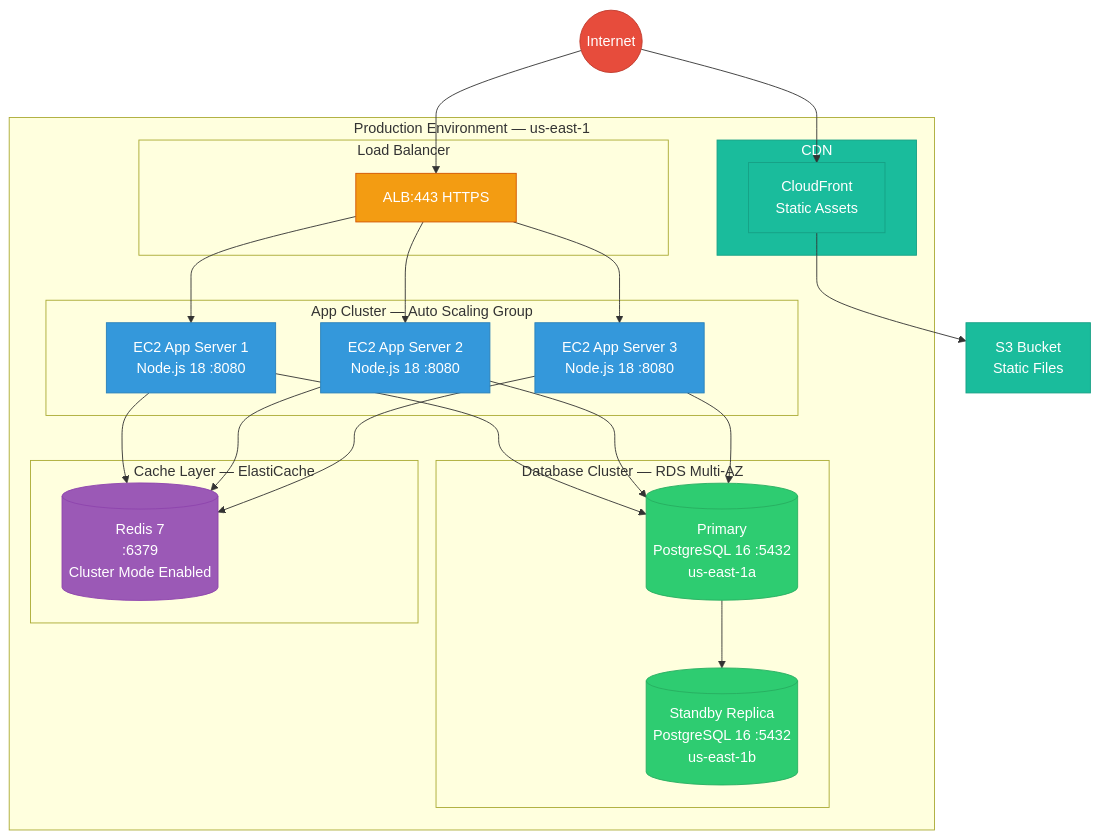
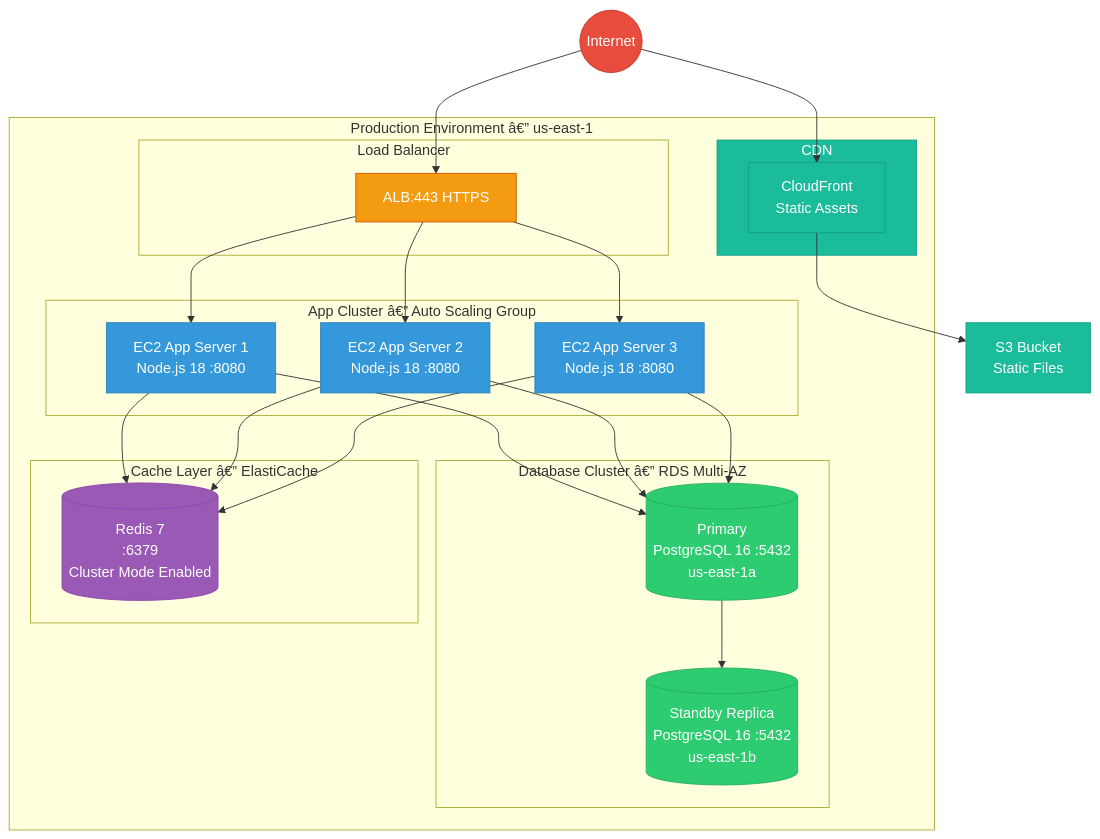
The eighth of 10 diagrams in docs/courses/software-engineering/03-system-modeling.md (Raushan666java/ai-engineering-journey), drawn with Mermaid before and after one commit. The commit also changed other lines of this file and 735 other files, not shown here.

````diff
--- a/docs/courses/software-engineering/03-system-modeling.md
+++ b/docs/courses/software-engineering/03-system-modeling.md
@@ -429,49 +429,49 @@
 ```mermaid
 graph TD
-    subgraph "Production Environment — us-east-1"
+    subgraph "Production Environment â€” us-east-1"
         subgraph "Load Balancer"
             LB[ALB:443 HTTPS]
         end
-        subgraph "App Cluster — Auto Scaling Group"
+        subgraph "App Cluster â€” Auto Scaling Group"
             A1[EC2 App Server 1<br/>Node.js 18 :8080]
             A2[EC2 App Server 2<br/>Node.js 18 :8080]
             A3[EC2 App Server 3<br/>Node.js 18 :8080]
         end
-        subgraph "Database Cluster — RDS Multi-AZ"
+        subgraph "Database Cluster â€” RDS Multi-AZ"
             DB1[(Primary<br/>PostgreSQL 16 :5432<br/>us-east-1a)]
             DB2[(Standby Replica<br/>PostgreSQL 16 :5432<br/>us-east-1b)]
         end
-        subgraph "Cache Layer — ElastiCache"
+        subgraph "Cache Layer â€” ElastiCache"
             REDIS[(Redis 7<br/>:6379<br/>Cluster Mode Enabled)]
         end
         subgraph "CDN"
             CF[CloudFront<br/>Static Assets]
         end
     end
     INTERNET((Internet)) --> CF
     INTERNET --> LB
     LB --> A1
     LB --> A2
     LB --> A3
     A1 --> DB1
     A2 --> DB1
     A3 --> DB1
     DB1 --> DB2
     A1 --> REDIS
     A2 --> REDIS
     A3 --> REDIS
     CF --> S3[S3 Bucket<br/>Static Files]
 
     classDef internet fill:#e74c3c,stroke:#c0392b,color:#fff
     classDef lb fill:#f39c12,stroke:#d35400,color:#fff
     classDef app fill:#3498db,stroke:#2980b9,color:#fff
     classDef db fill:#2ecc71,stroke:#27ae60,color:#fff
     classDef cache fill:#9b59b6,stroke:#8e44ad,color:#fff
     classDef cdn fill:#1abc9c,stroke:#16a085,color:#fff
     class INTERNET internet
     class LB lb
     class A1,A2,A3 app
     class DB1,DB2 db
     class REDIS cache
     class CF,CDN,S3 cdn
 ```
````
